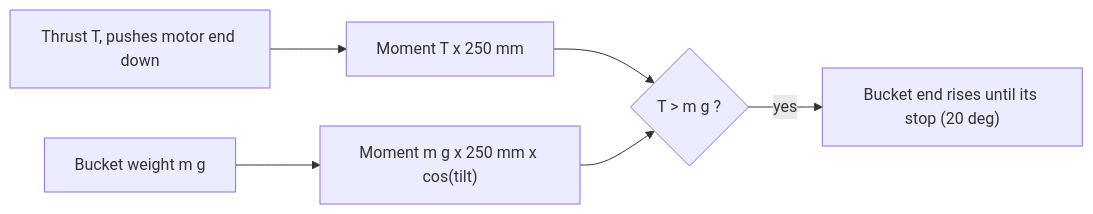
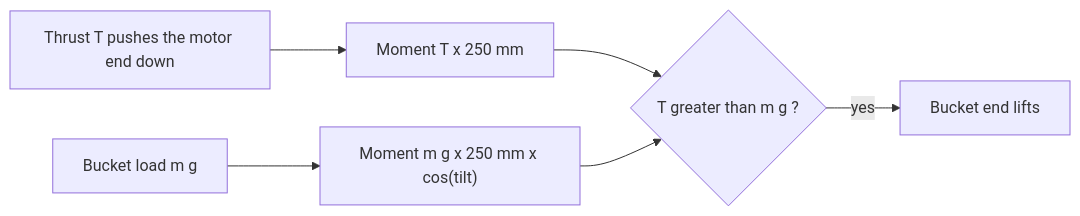
Before and after one commit to OpenDrone-hw/OpenDrone-Fixtures: the diagram in OpenMotor-Seesaw/README.md, drawn with Mermaid. The commit also changed other lines of this file and 20 other files, not shown here.

````diff
--- a/OpenMotor-Seesaw/README.md
+++ b/OpenMotor-Seesaw/README.md
@@ -35,8 +32,8 @@
 ```mermaid
 flowchart LR
-  T["Thrust T, pushes motor end down"] --> M["Moment T x 250 mm"]
-  W["Bucket weight m g"] --> N["Moment m g x 250 mm x cos(tilt)"]
-  M --> C{"T > m g ?"}
-  N --> C
-  C -->|yes| L["Bucket end rises until its stop (20 deg)"]
+  T["Thrust T pushes the motor end down"] --> A["Moment T x 250 mm"]
+  W["Bucket load m g"] --> B["Moment m g x 250 mm x cos(tilt)"]
+  A --> C{"T greater than m g ?"}
+  B --> C
+  C -->|yes| L["Bucket end lifts"]
 ```
````
